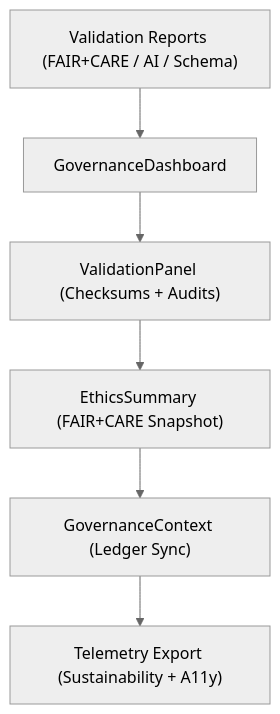
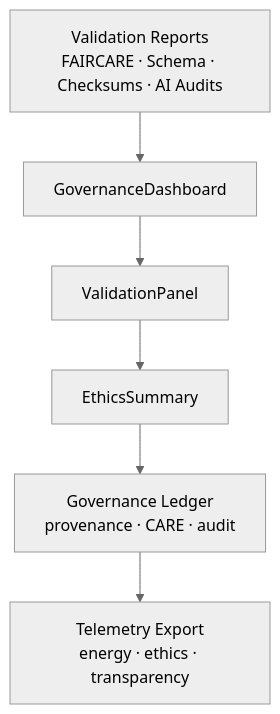
The first of 8 diagrams in web/src/components/Governance/README.md (bartytime4life/Kansas-Frontier-Matrix), drawn with Mermaid (neutral theme) before and after one commit. The commit also changed other lines of this file, not shown here.

First line of the commit message:
Revise Governance README for v10.3.2 updates

````diff
--- a/web/src/components/Governance/README.md
+++ b/web/src/components/Governance/README.md
@@ -54,8 +69,8 @@
 ```mermaid
 flowchart TD
-A["Validation Reports (FAIR+CARE / AI / Schema)"] --> B["GovernanceDashboard"]
-B --> C["ValidationPanel (Checksums + Audits)"]
-C --> D["EthicsSummary (FAIR+CARE Snapshot)"]
-D --> E["GovernanceContext (Ledger Sync)"]
-E --> F["Telemetry Export (Sustainability + A11y)"]
+    VALREP[Validation Reports<br/>FAIRCARE · Schema · Checksums · AI Audits] --> GD[GovernanceDashboard]
+    GD --> VP[ValidationPanel]
+    VP --> ES[EthicsSummary]
+    ES --> LEDGER[Governance Ledger<br/>provenance · CARE · audit]
+    LEDGER --> TEL[Telemetry Export<br/>energy · ethics · transparency]
 ```
````
